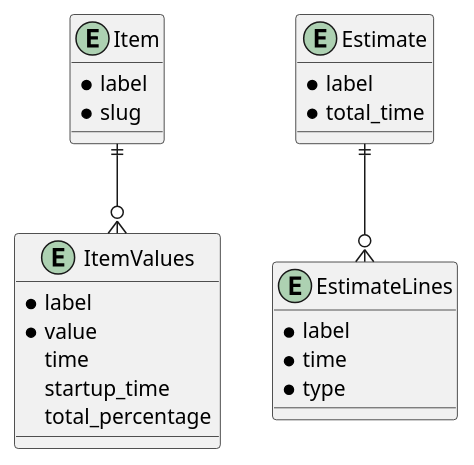
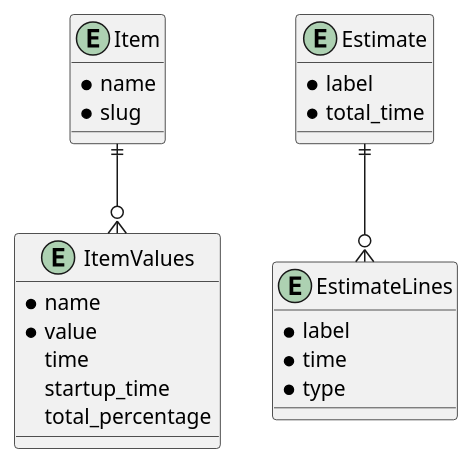
One commit to Christophe-Guigniou/corrections-parcours changed the diagram in docs/diagramme/diagramme.puml. Above: the diagram before and after it, drawn with PlantUML.

```diff
--- a/docs/diagramme/diagramme.puml
+++ b/docs/diagramme/diagramme.puml
@@ -1,29 +1,29 @@
 @startuml
 
 entity Item {
-    *label
+    *name
     *slug
 }
 
 entity ItemValues {
-    *label
+    *name
     *value
     time
     startup_time
     total_percentage
 }
 
 entity Estimate {
     *label
     *total_time
 }
 
 entity EstimateLines {
     *label
     *time
     *type
 }
 
 Estimate ||--o{ EstimateLines
 Item ||--o{ ItemValues
 @enduml
```
